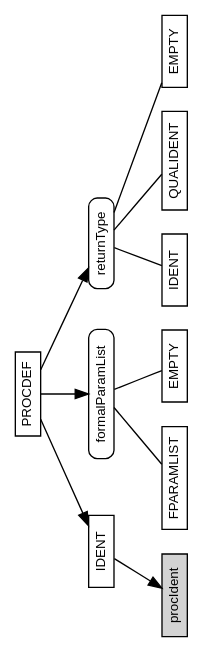
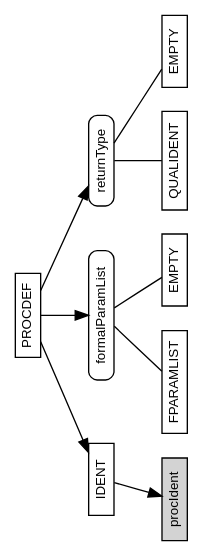
One commit to m2sf/M2-AST-Node-Diagrams changed the diagram in procdef.dot. Above: the diagram before and after it, drawn with Graphviz.

Commit message:
simplified diagram

```diff
--- a/procdef.dot
+++ b/procdef.dot
@@ -1,76 +1,75 @@
 /* AST node diagram generator script collection for M2C, M2J and M2Sharp.
  *
  * Copyright (c) 2016 The Modula-2 Software Foundation
  *
  * Author & Maintainer: Benjamin Kowarsch <org.m2sf>
  *
  * @synopsis
  *
  * The M2C, M2J and M2Sharp compilers are multi-dialect Modula-2 translators
  * and compilers respectively targeting C99, Java/JVM and C#/CLR, sharing a
  * common abstract syntax tree (AST) specification.
  *
  * The AST node diagram generator script collection consists of Graphviz DOT
  * descriptions for all AST node types of the common AST specification.
  *
  * The Graphviz dot utility is required to generate the diagrams. 
  * It may be obtained from http://www.graphviz.org/download.php.
  *
  * @repository
  *
  * https://github.com/m2sf/m2-ast-node-diagrams
  *
  * @file
  *
  * procdef.dot
  *
  * PROCDEF node diagram.
  *
  * Usage: $ dot procdef.dot -Tps > procdef.ps
  *
  * @license
  *
  * This is free software: you can redistribute and/or modify it under the
  * terms of the GNU Lesser General Public License (LGPL) either version 2.1
  * or at your choice version 3 as published by the Free Software Foundation.
  * However, you may not alter the copyright, author and license information.
  *
  * It is distributed in the hope that it will be useful,  but WITHOUT
  * ANY WARRANTY; without even the implied warranty of MERCHANTABILITY or
  * FITNESS FOR A PARTICULAR PURPOSE.  Read the license for more details.
  *
  * You should have received a copy of the GNU Lesser General Public License.
  * If not, see <https://www.gnu.org/copyleft/lesser.html>.
  *
  * NB: Components in the domain part of email addresses are in reverse order.
  */
 
 /*** PROCDEF Node ***/
 
 digraph PROCDEF {
   graph [orientation=landscape,fontname=helvetica];
   node [fontname=helvetica,fontsize=10,shape=box,height=0.25];
   
   node [style=solid];
   edge [arrowhead=normal];
   PROCDEF -> { id0 id1 id2 };
   id0 [label="IDENT"];
   id1 [label="formalParamList",style=rounded];
   id2 [label="returnType",style=rounded];
   
   id0 -> procIdent;
   procIdent [style=filled,fillcolor=lightgrey];
   
   edge [arrowhead=none];
   id1 -> { id3 id4 };
   
   id3 [label="FPARAMLIST"];
   id4 [label="EMPTY"];
   
-  id2 -> { id5 id6 id7 };
-  id5 [label="IDENT"];
-  id6 [label="QUALIDENT"];
-  id7 [label="EMPTY"];
+  id2 -> { id5 id6 };
+  id5 [label="QUALIDENT"];
+  id6 [label="EMPTY"];
 }
 
 /* END OF FILE */
```
